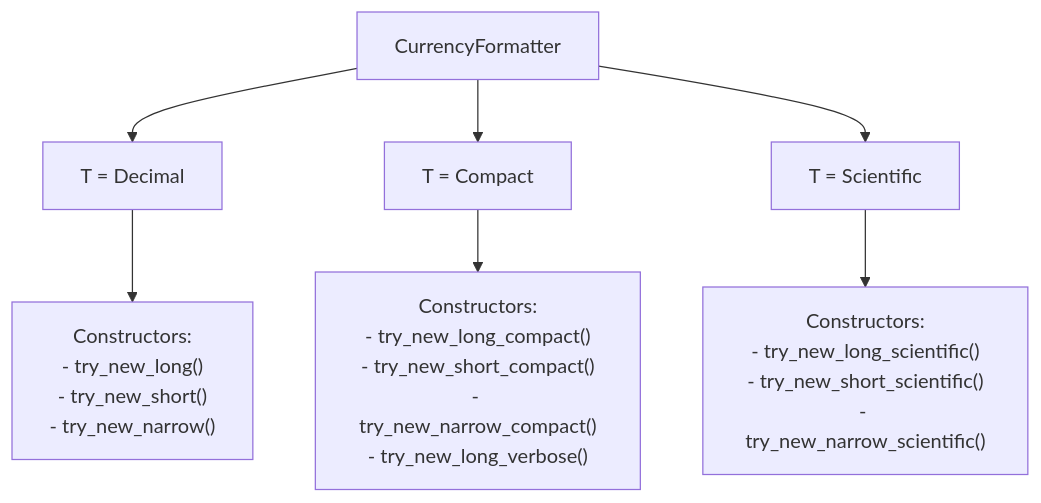
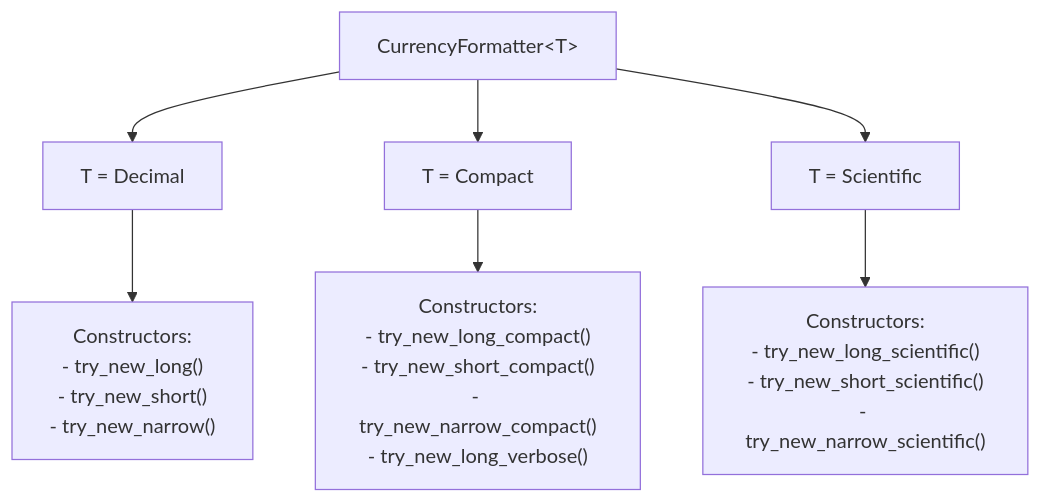
The second of 3 diagrams in icu4x/number_formatter.md (younies/design_docs), drawn with Mermaid before and after one commit. The commit also changed other lines of this file, not shown here.

````diff
--- a/icu4x/number_formatter.md
+++ b/icu4x/number_formatter.md
@@ -41,10 +41,10 @@
 ```mermaid
 graph TD
-    CF["CurrencyFormatter<T>"] --> Dec["T = Decimal"]
+    CF["CurrencyFormatter&lt;T&gt;"] --> Dec["T = Decimal"]
     CF --> Comp["T = Compact"]
     CF --> Sci["T = Scientific"]
 
     Dec --> DecCons["Constructors:<br>- try_new_long()<br>- try_new_short()<br>- try_new_narrow()"]
     Comp --> CompCons["Constructors:<br>- try_new_long_compact()<br>- try_new_short_compact()<br>- try_new_narrow_compact()<br>- try_new_long_verbose()"]
     Sci --> SciCons["Constructors:<br>- try_new_long_scientific()<br>- try_new_short_scientific()<br>- try_new_narrow_scientific()"]
 ```
````
